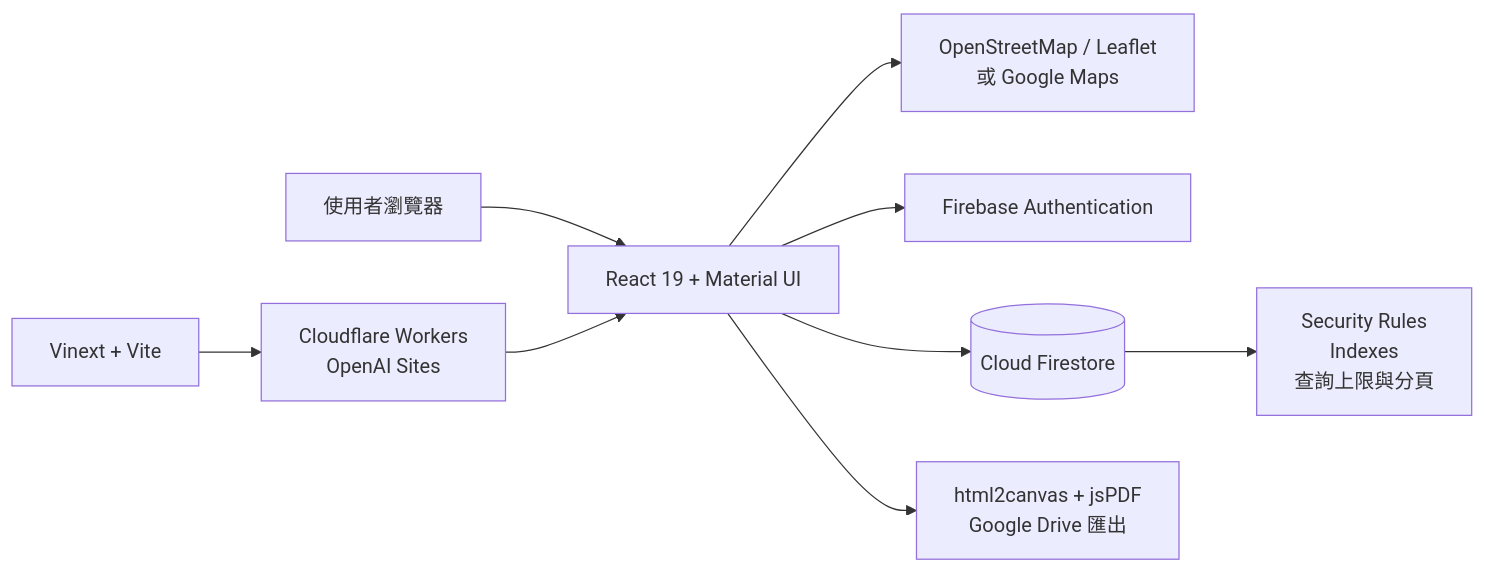
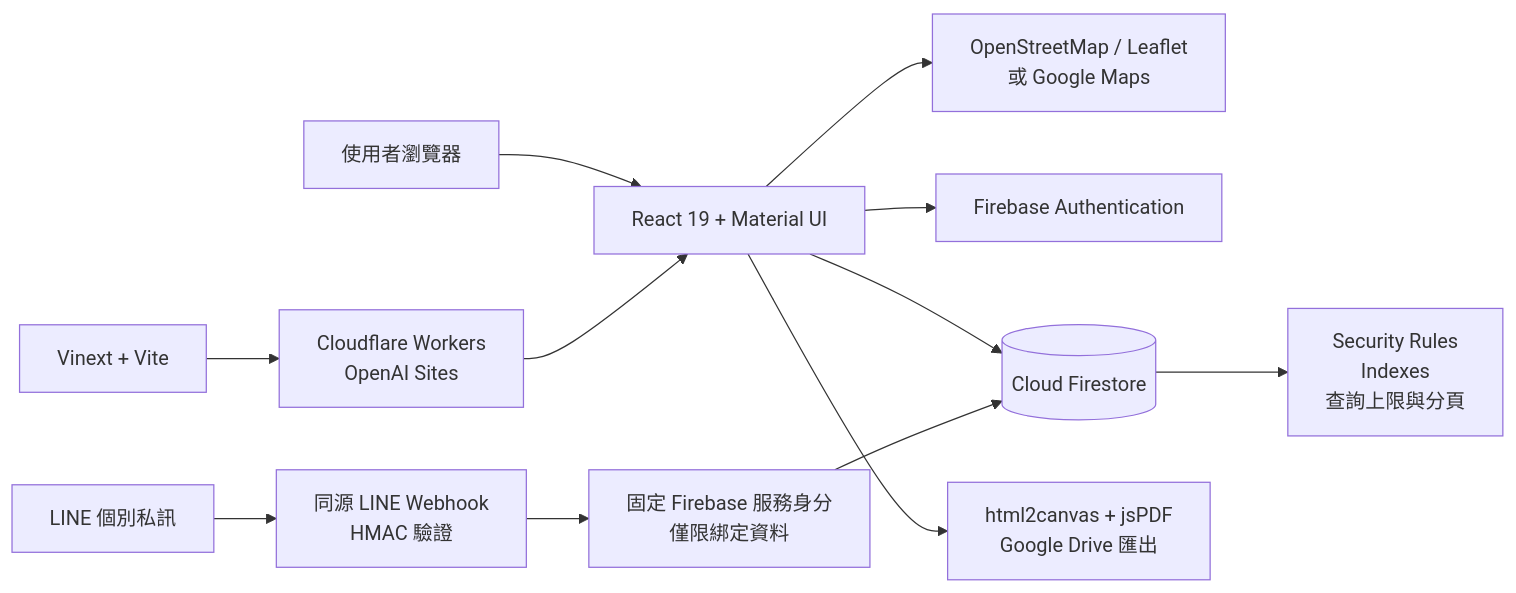
Before and after one commit to jonic70134/TreeServ_Geo: the first of 2 diagrams in docs/system-architecture.md, drawn with Mermaid. The commit also changed other lines of this file and 17 other files, not shown here.

````diff
--- a/docs/system-architecture.md
+++ b/docs/system-architecture.md
@@ -7,12 +7,15 @@
 ```mermaid
 flowchart LR
     User[使用者瀏覽器] --> UI[React 19 + Material UI]
     UI --> Map[OpenStreetMap / Leaflet<br/>或 Google Maps]
     UI --> Auth[Firebase Authentication]
     UI --> DB[(Cloud Firestore)]
     UI --> Export[html2canvas + jsPDF<br/>Google Drive 匯出]
 
     Build[Vinext + Vite] --> Edge[Cloudflare Workers<br/>OpenAI Sites]
     Edge --> UI
+    LINE[LINE 個別私訊] --> Webhook[同源 LINE Webhook<br/>HMAC 驗證]
+    Webhook --> Restricted[固定 Firebase 服務身分<br/>僅限綁定資料]
+    Restricted --> DB
     DB --> Guard[Security Rules<br/>Indexes<br/>查詢上限與分頁]
 ```
````
